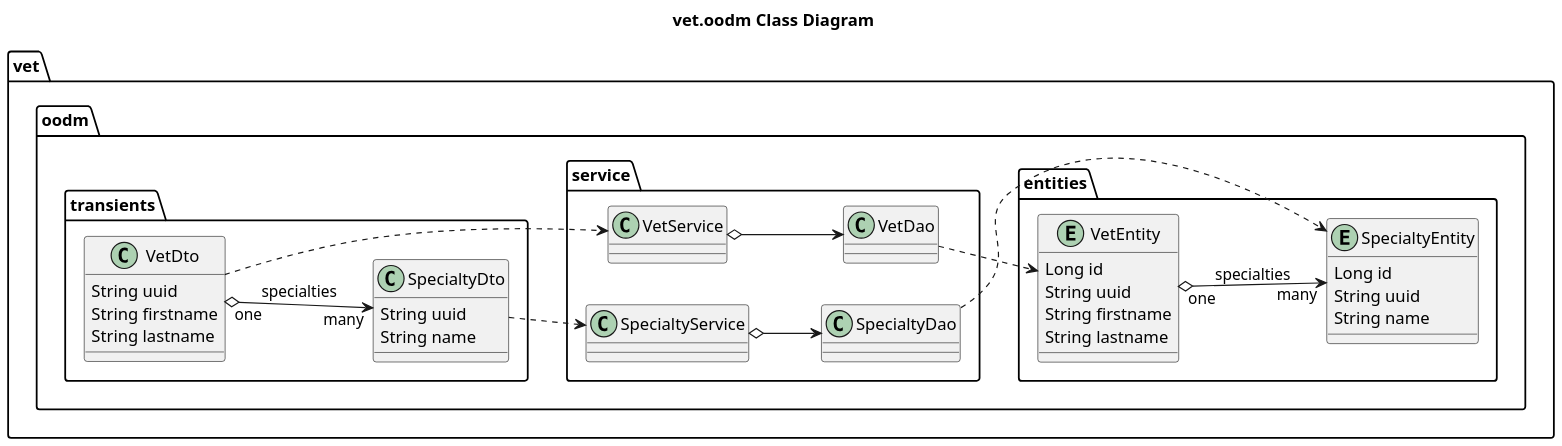
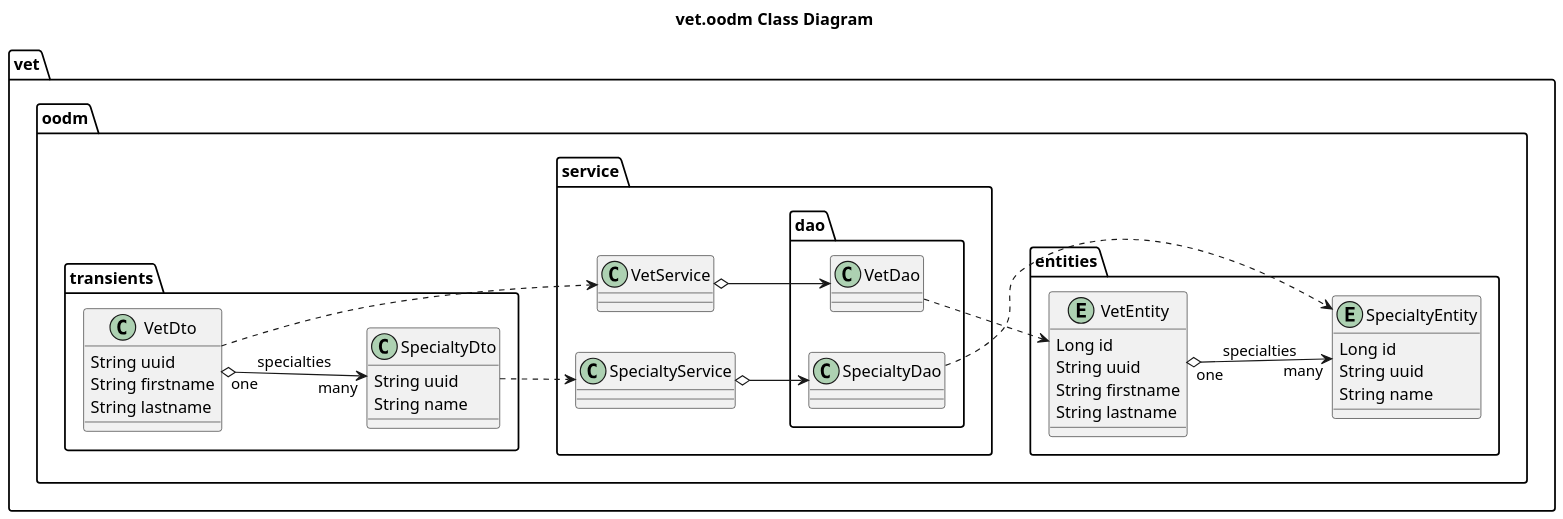
The diagram in puml/vet/DB__Class.puml (Jakarta-EE-Petclinic/petclinic-uml), drawn with PlantUML before and after one commit. The commit also changed 16 other files, not shown here.

```diff
--- a/puml/vet/DB__Class.puml
+++ b/puml/vet/DB__Class.puml
@@ -1,76 +1,77 @@
 @startuml
 'https://plantuml.com/class-diagram
 
 title vet.oodm Class Diagram
 
 left to right direction
 'top to bottom direction
 
 scale 2000 width
 
 package vet.oodm {
 
     package vet.oodm.entities {
 
         entity VetEntity {
             Long id
             String uuid
             String firstname
             String lastname
         }
 
         entity SpecialtyEntity {
             Long id
             String uuid
             String name
         }
 
         VetEntity "one" o--> "many" SpecialtyEntity: specialties
     }
 
     package vet.oodm.service {
 
         class VetService {
 
         }
 
-        class VetDao {
-
-        }
-
         class SpecialtyService {
 
         }
 
-        class SpecialtyDao {
+        package vet.oodm.service.dao {
+            class VetDao {
 
+            }
+            class SpecialtyDao {
+
+            }
         }
 
         VetService o--> VetDao
         SpecialtyService o--> SpecialtyDao
 
         VetDao ..> VetEntity
         SpecialtyDao ..> SpecialtyEntity
     }
 
     package vet.oodm.transients {
 
         class VetDto {
             String uuid
             String firstname
             String lastname
         }
 
         class SpecialtyDto {
             String uuid
             String name
         }
 
         VetDto "one" o--> "many" SpecialtyDto: specialties
 
         VetDto ..> VetService
         SpecialtyDto ..> SpecialtyService
     }
 }
 
 @enduml
```
